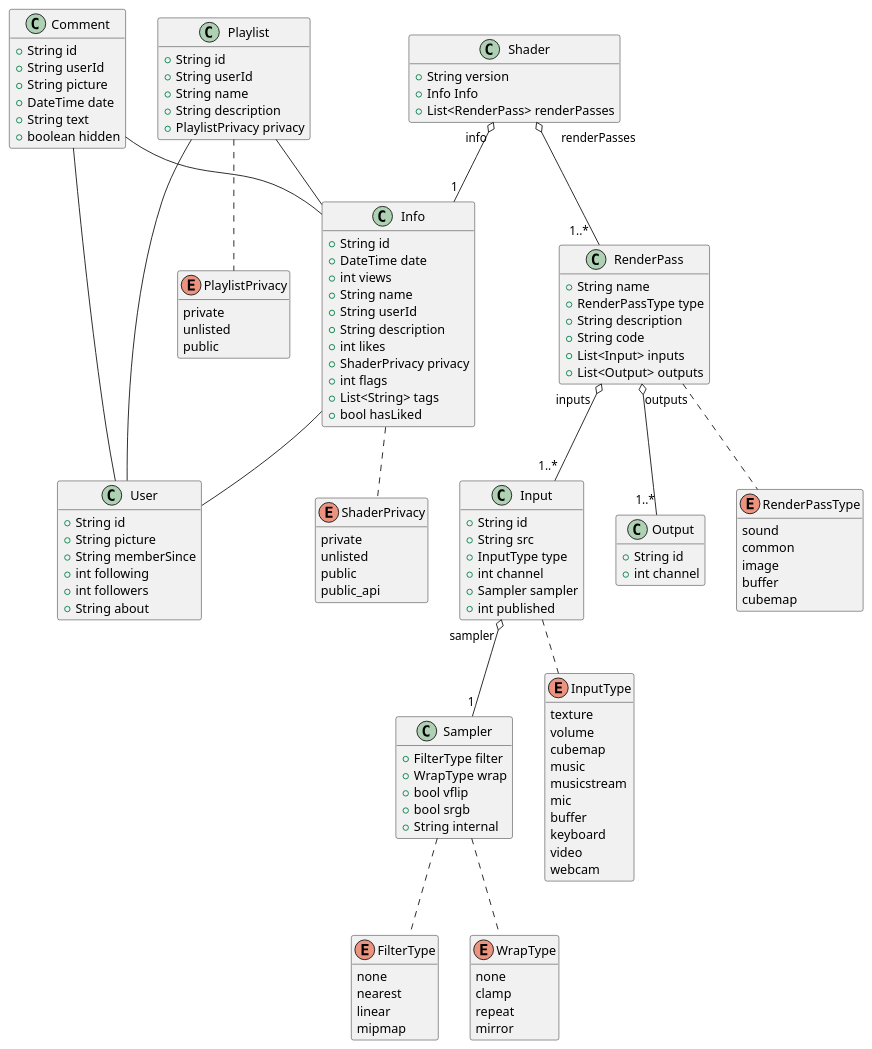
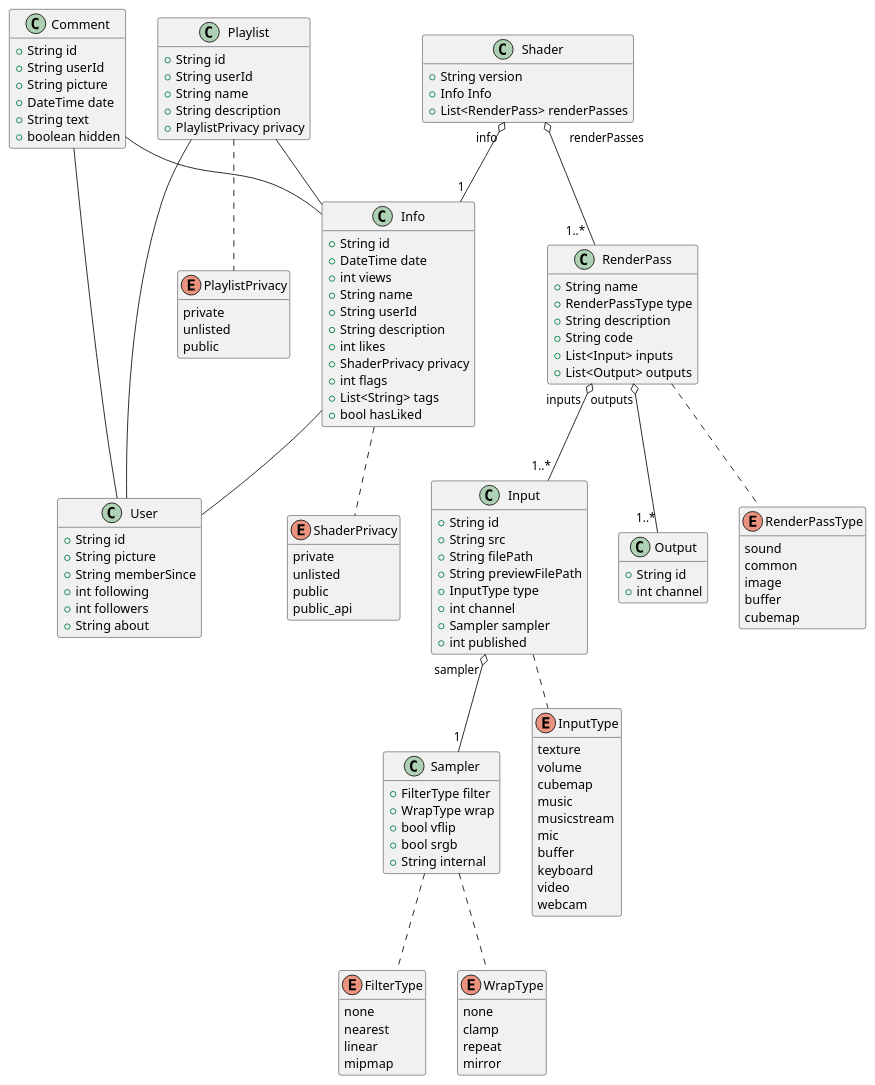
Before and after one commit to ivoleitao/shadertoy_api: the diagram in model.pu, drawn with PlantUML.

Commit message:
Added missing fields in plantuml diagram

```diff
--- a/model.pu
+++ b/model.pu
@@ -1,151 +1,153 @@
 @startuml model
 
 hide methods
 
 class User {
  +String id
  +String picture
  +String memberSince
  +int following
  +int followers
  +String about
 }
 
 class Comment {
     +String id
     +String userId
     +String picture
     +DateTime date
     +String text
     +boolean hidden
 }
 
 enum ShaderPrivacy {
     private
     unlisted
     public
     public_api
 }
 
 class Info {
     +String id
     +DateTime date
     +int views 
     +String name
     +String userId
     +String description
     +int likes
     +ShaderPrivacy privacy
     +int flags
     +List<String> tags
     +bool hasLiked
 }
 
 enum FilterType {
     none
     nearest
     linear
     mipmap
 }
 
 enum WrapType {
     none
     clamp
     repeat
     mirror
 }
 
 class Sampler {
     +FilterType filter
     +WrapType wrap
     +bool vflip
     +bool srgb
     +String internal
 }
 
 enum InputType {
     texture
     volume
     cubemap
     music
     musicstream
     mic
     buffer
     keyboard
     video
     webcam
 }
 
 class Input {
     +String id
     +String src
+    +String filePath
+    +String previewFilePath
     +InputType type
     +int channel
     +Sampler sampler
     +int published
 }
 
 class Output {
     +String id
     +int channel
 }
 
 enum RenderPassType {
     sound
     common
     image
     buffer
     cubemap
 }
 
 class RenderPass {
     +String name
     +RenderPassType type
     +String description
     +String code
     +List<Input> inputs
     +List<Output> outputs
 
 }
 
 class Shader {
     +String version
     +Info Info
     +List<RenderPass> renderPasses
 }
 
 enum PlaylistPrivacy {
     private
     unlisted
     public
 }
 
 class Playlist {
     +String id
     +String userId
     +String name
     +String description
     +PlaylistPrivacy privacy
 }
 
 Info  .. ShaderPrivacy
 Sampler .. FilterType
 Sampler .. WrapType
 Input .. InputType
 RenderPass .. RenderPassType
 Playlist .. PlaylistPrivacy
 
 Shader "             info" o-- "1" Info
 Shader "     renderPasses" o-- "1..*  " RenderPass
 RenderPass "inputs  " o-- "1..*" Input
 RenderPass "outputs" o-- "1..*" Output
 Input "sampler " o-- "1" Sampler
 
 Info -- User
 Playlist -- Info
 Playlist -- User
 Comment -- Info
 Comment -- User
 
 
 @enduml
```
